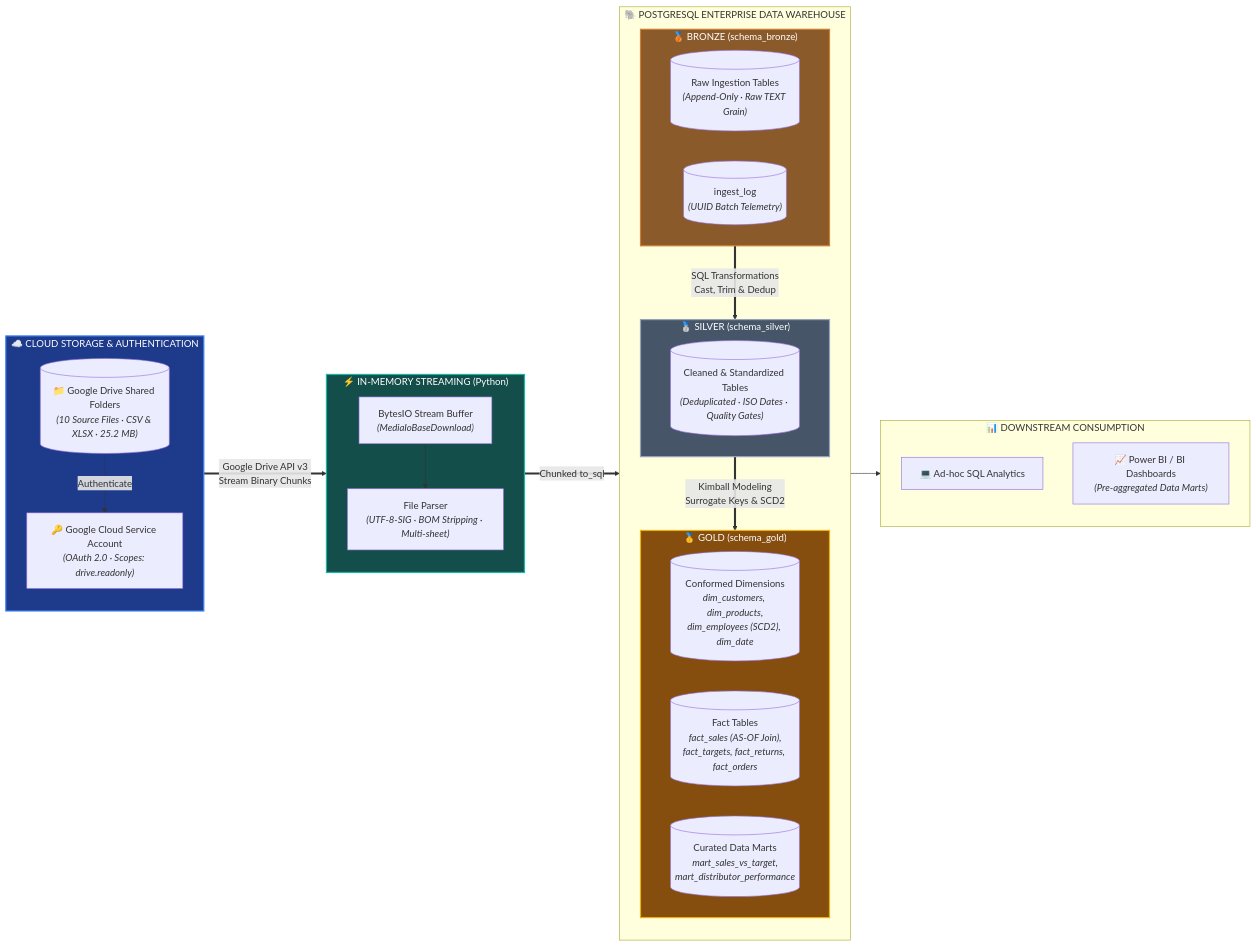
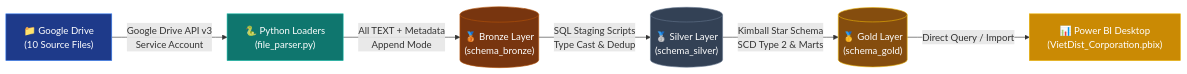
Before and after one commit to thunx280-ctrl/medallion-datapipeline: the first of 3 diagrams in README.md, drawn with Mermaid. The commit also changed other lines of this file, not shown here.

````diff
--- a/README.md
+++ b/README.md
@@ -48,52 +57,15 @@
 ```mermaid
 flowchart LR
-    subgraph Cloud ["☁️ CLOUD STORAGE & AUTHENTICATION"]
-        direction TB
-        GD[("📁 Google Drive Shared Folders<br/><i>(10 Source Files · CSV & XLSX · 25.2 MB)</i>")]
-        SA["🔑 Google Cloud Service Account<br/><i>(OAuth 2.0 · Scopes: drive.readonly)</i>"]
-        GD -.->|Authenticate| SA
-    end
+    A["📁 Google Drive<br/>(10 Source Files)"] -->|Google Drive API v3<br/>Service Account| B["🐍 Python Loaders<br/>(file_parser.py)"]
+    B -->|All TEXT + Metadata<br/>Append Mode| C[("🥉 Bronze Layer<br/>(schema_bronze)")]
+    C -->|SQL Staging Scripts<br/>Type Cast & Dedup| D[("🥈 Silver Layer<br/>(schema_silver)")]
+    D -->|Kimball Star Schema<br/>SCD Type 2 & Marts| E[("🥇 Gold Layer<br/>(schema_gold)")]
+    E -->|Direct Query / Import| F["📊 Power BI Desktop<br/>(VietDist_Corporation.pbix)"]
 
-    subgraph Memory ["⚡ IN-MEMORY STREAMING (Python)"]
-        direction TB
-        BIO["BytesIO Stream Buffer<br/><i>(MediaIoBaseDownload)</i>"]
-        FP["File Parser<br/><i>(UTF-8-SIG · BOM Stripping · Multi-sheet)</i>"]
-        BIO --> FP
-    end
-
-    subgraph DW ["🐘 POSTGRESQL ENTERPRISE DATA WAREHOUSE"]
-        direction TB
-        
-        subgraph Bronze ["🥉 BRONZE (schema_bronze)"]
-            B1[("Raw Ingestion Tables<br/><i>(Append-Only · Raw TEXT Grain)</i>")]
-            B2[("ingest_log<br/><i>(UUID Batch Telemetry)</i>")]
-        end
-
-        subgraph Silver ["🥈 SILVER (schema_silver)"]
-            SV1[("Cleaned & Standardized Tables<br/><i>(Deduplicated · ISO Dates · Quality Gates)</i>")]
-        end
-
-        subgraph Gold ["🥇 GOLD (schema_gold)"]
-            G_DIM[("Conformed Dimensions<br/><i>dim_customers, dim_products,<br/>dim_employees (SCD2), dim_date</i>")]
-            G_FACT[("Fact Tables<br/><i>fact_sales (AS-OF Join),<br/>fact_targets, fact_returns, fact_orders</i>")]
-            G_MART[("Curated Data Marts<br/><i>mart_sales_vs_target,<br/>mart_distributor_performance</i>")]
-        end
-    end
-
-    subgraph Downstream ["📊 DOWNSTREAM CONSUMPTION"]
-        BI1["💻 Ad-hoc SQL Analytics"]
-        BI2["📈 Power BI / BI Dashboards<br/><i>(Pre-aggregated Data Marts)</i>"]
-    end
-
-    Cloud ==>|Google Drive API v3<br/>Stream Binary Chunks| Memory
-    Memory ==>|Chunked to_sql| Bronze
-    Bronze ==>|SQL Transformations<br/>Cast, Trim & Dedup| Silver
-    Silver ==>|Kimball Modeling<br/>Surrogate Keys & SCD2| Gold
-    Gold --> Downstream
-
-    style Cloud fill:#1e3a8a,stroke:#3b82f6,color:#ffffff,stroke-width:2px
-    style Memory fill:#134e4a,stroke:#14b8a6,color:#ffffff,stroke-width:2px
-    style Bronze fill:#8B5A2B,stroke:#CD7F32,color:#ffffff,stroke-width:2px
-    style Silver fill:#475569,stroke:#94a3b8,color:#ffffff,stroke-width:2px
-    style Gold fill:#854d0e,stroke:#eab308,color:#ffffff,stroke-width:2px
+    style A fill:#1e3a8a,stroke:#3b82f6,color:#fff
+    style B fill:#0f766e,stroke:#14b8a6,color:#fff
+    style C fill:#78350f,stroke:#b45309,color:#fff
+    style D fill:#334155,stroke:#64748b,color:#fff
+    style E fill:#854d0e,stroke:#eab308,color:#fff
+    style F fill:#ca8a04,stroke:#eab308,color:#fff
 ```
````
